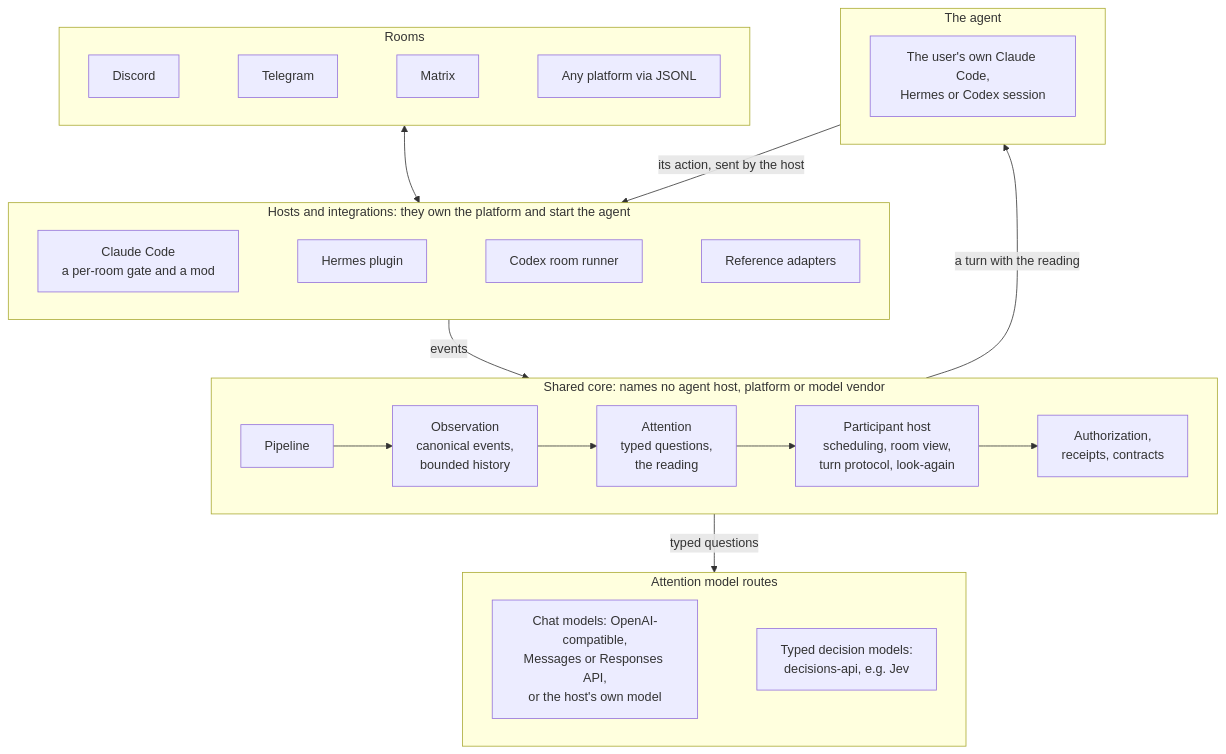
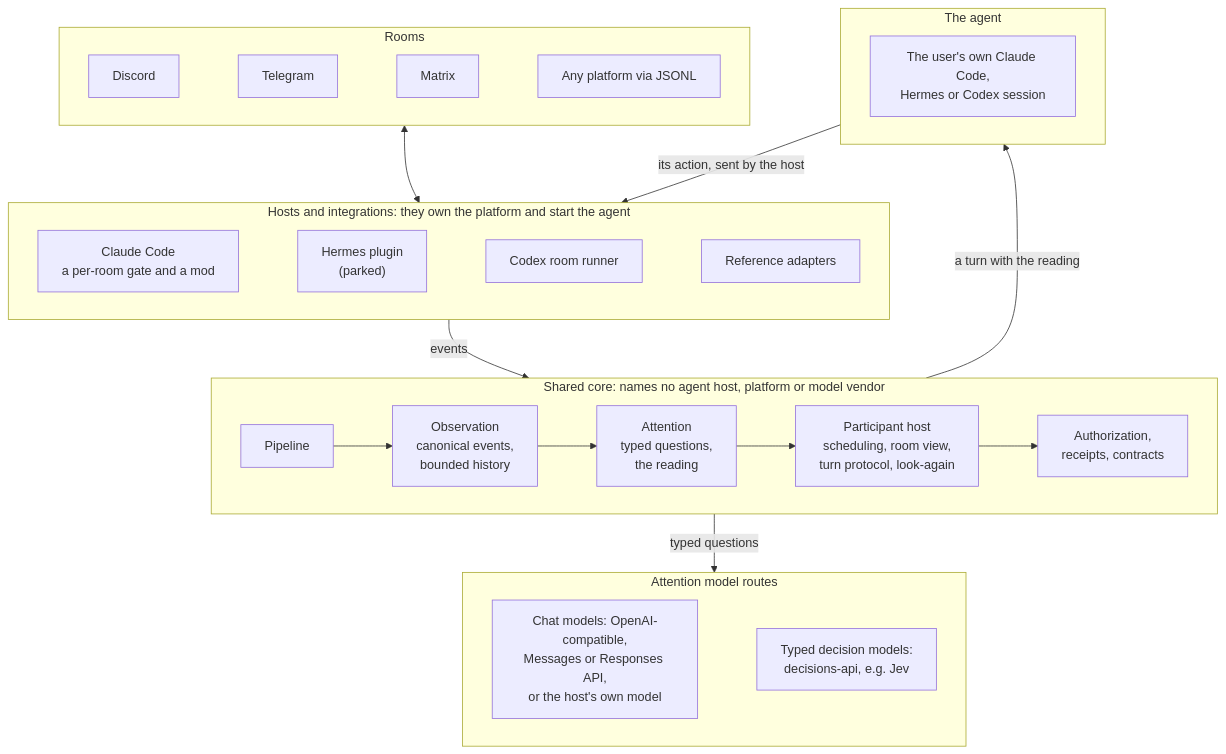
Before and after one commit to mentatzoe/nunchi: the second of 3 diagrams in README.md, drawn with Mermaid. The commit also changed other lines of this file and 7 other files, not shown here.

````diff
--- a/README.md
+++ b/README.md
@@ -46,27 +46,27 @@
 ```mermaid
 flowchart TB
     subgraph rooms["Rooms"]
         direction LR
         discord["Discord"] ~~~ telegram["Telegram"] ~~~ matrix["Matrix"] ~~~ generic["Any platform via JSONL"]
     end
     subgraph hosts["Hosts and integrations: they own the platform and start the agent"]
         direction LR
-        cc["Claude Code<br/>a per-room gate and a mod"] ~~~ hermes["Hermes plugin"] ~~~ codex["Codex room runner"] ~~~ ref["Reference adapters"]
+        cc["Claude Code<br/>a per-room gate and a mod"] ~~~ hermes["Hermes plugin<br/>(parked)"] ~~~ codex["Codex room runner"] ~~~ ref["Reference adapters"]
     end
     subgraph core["Shared core: names no agent host, platform or model vendor"]
         direction LR
         pipeline["Pipeline"] --> observation["Observation<br/>canonical events,<br/>bounded history"] --> attention["Attention<br/>typed questions,<br/>the reading"] --> host["Participant host<br/>scheduling, room view,<br/>turn protocol, look-again"] --> guard["Authorization,<br/>receipts, contracts"]
     end
     subgraph models["Attention model routes"]
         direction LR
         chat["Chat models: OpenAI-compatible,<br/>Messages or Responses API,<br/>or the host's own model"] ~~~ typed["Typed decision models:<br/>decisions-api, e.g. Jev"]
     end
     subgraph agent["The agent"]
         session["The user's own Claude Code,<br/>Hermes or Codex session"]
     end
     rooms <--> hosts
     hosts -- "events" --> core
     core -- "typed questions" --> models
     core -- "a turn with the reading" --> agent
     agent -- "its action, sent by the host" --> hosts
 ```
````
